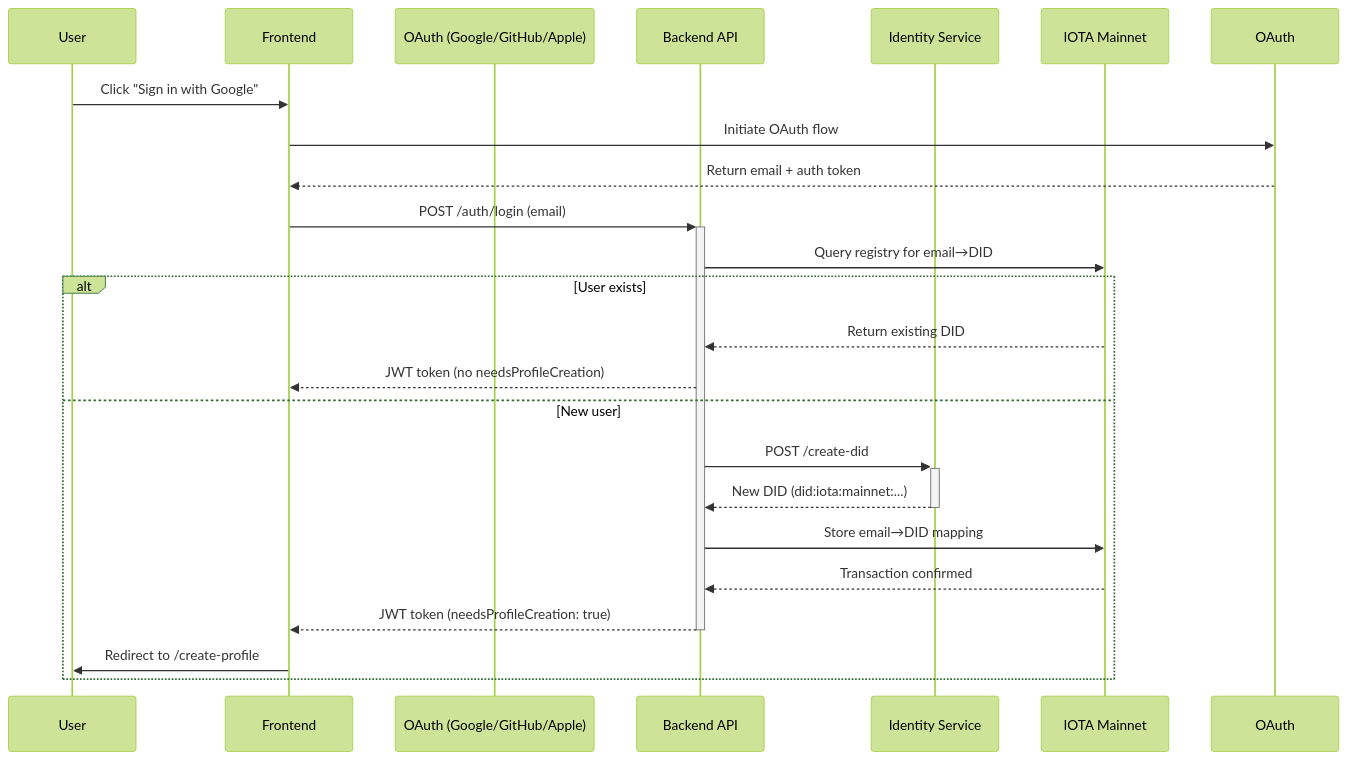
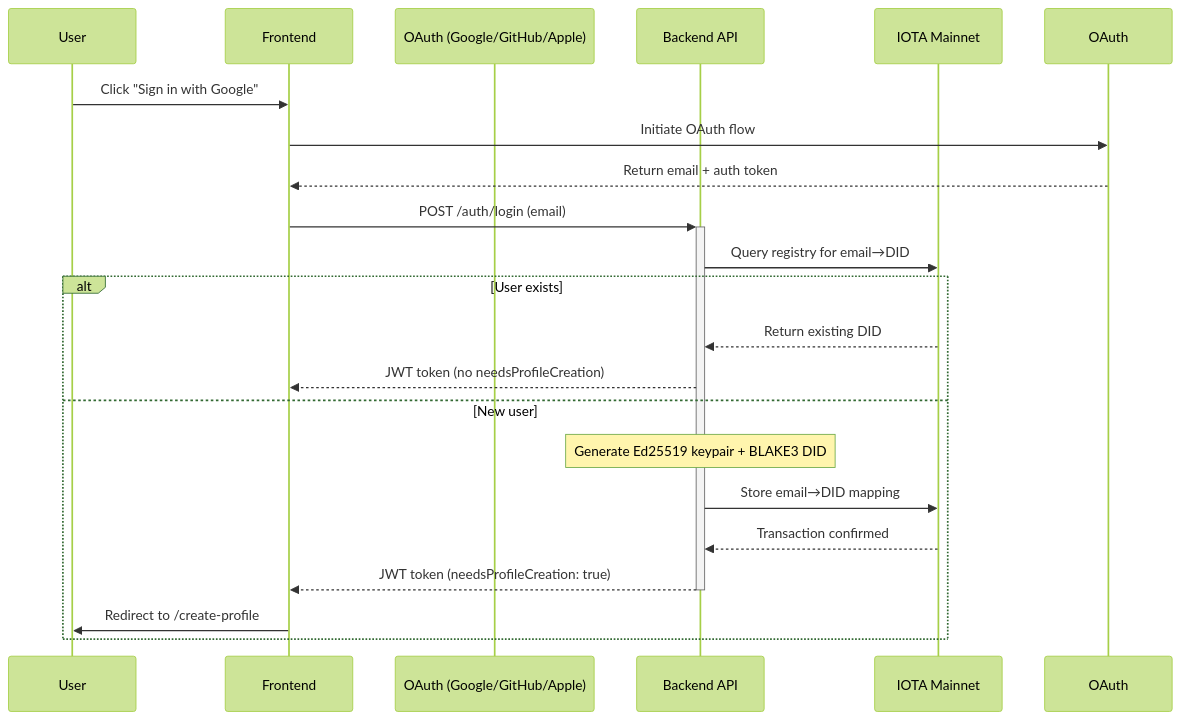
Before and after one commit to theweboftrust/wot.id-public-docs: the fifth of 7 diagrams in 02_System_Architecture.md, drawn with Mermaid (forest theme). The commit also changed other lines of this file, not shown here.

````diff
--- a/02_System_Architecture.md
+++ b/02_System_Architecture.md
@@ -386,26 +369,24 @@
 ```mermaid
 sequenceDiagram
     participant User
     participant Frontend
     participant OAuth (Google/GitHub/Apple)
     participant Backend API
-    participant Identity Service
     participant IOTA Mainnet
 
     User->>Frontend: Click "Sign in with Google"
     Frontend->>OAuth: Initiate OAuth flow
     OAuth-->>Frontend: Return email + auth token
     Frontend->>+Backend API: POST /auth/login (email)
     Backend API->>IOTA Mainnet: Query registry for email→DID
     alt User exists
         IOTA Mainnet-->>Backend API: Return existing DID
         Backend API-->>Frontend: JWT token (no needsProfileCreation)
     else New user
-        Backend API->>+Identity Service: POST /create-did
-        Identity Service-->>-Backend API: New DID (did:iota:mainnet:...)
+        Note over Backend API: Generate Ed25519 keypair + BLAKE3 DID
         Backend API->>IOTA Mainnet: Store email→DID mapping
         IOTA Mainnet-->>Backend API: Transaction confirmed
         Backend API-->>-Frontend: JWT token (needsProfileCreation: true)
         Frontend->>User: Redirect to /create-profile
     end
 ```
````
